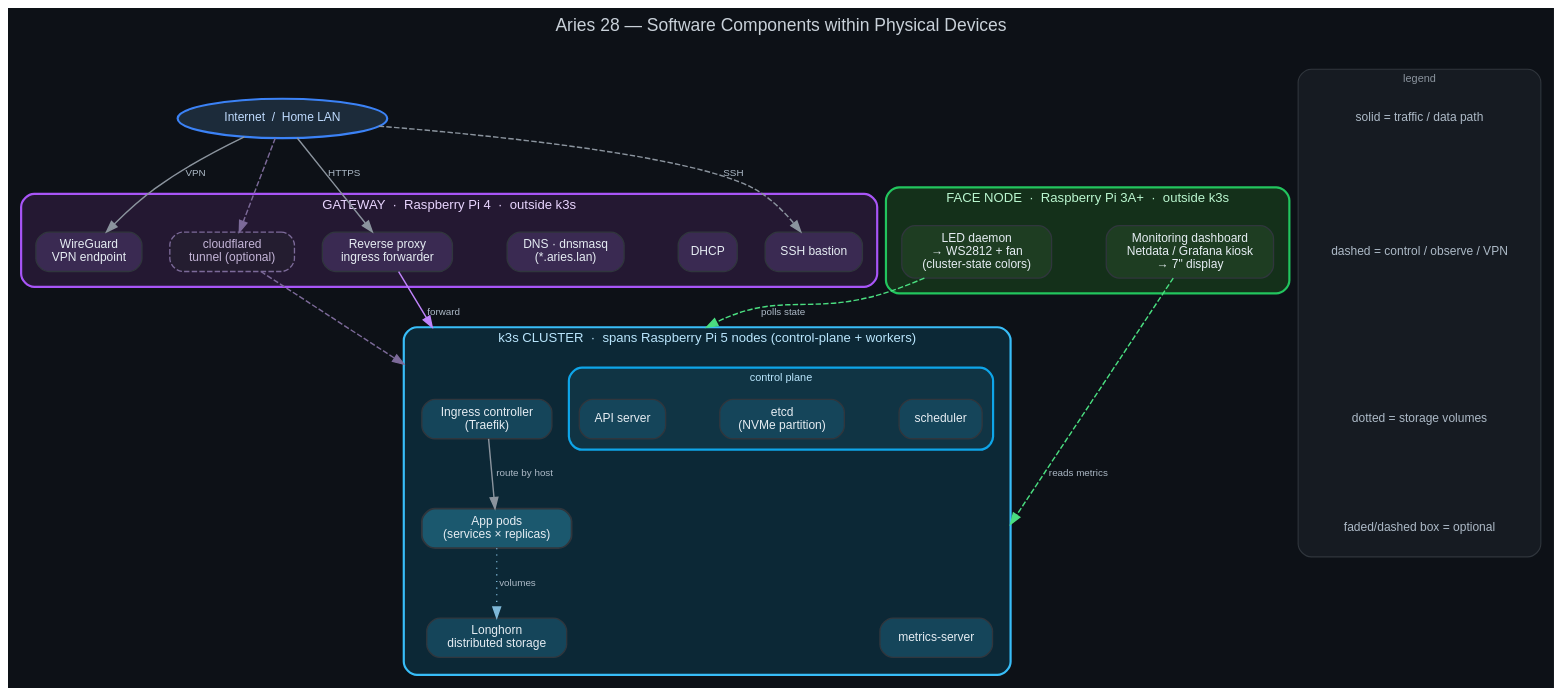
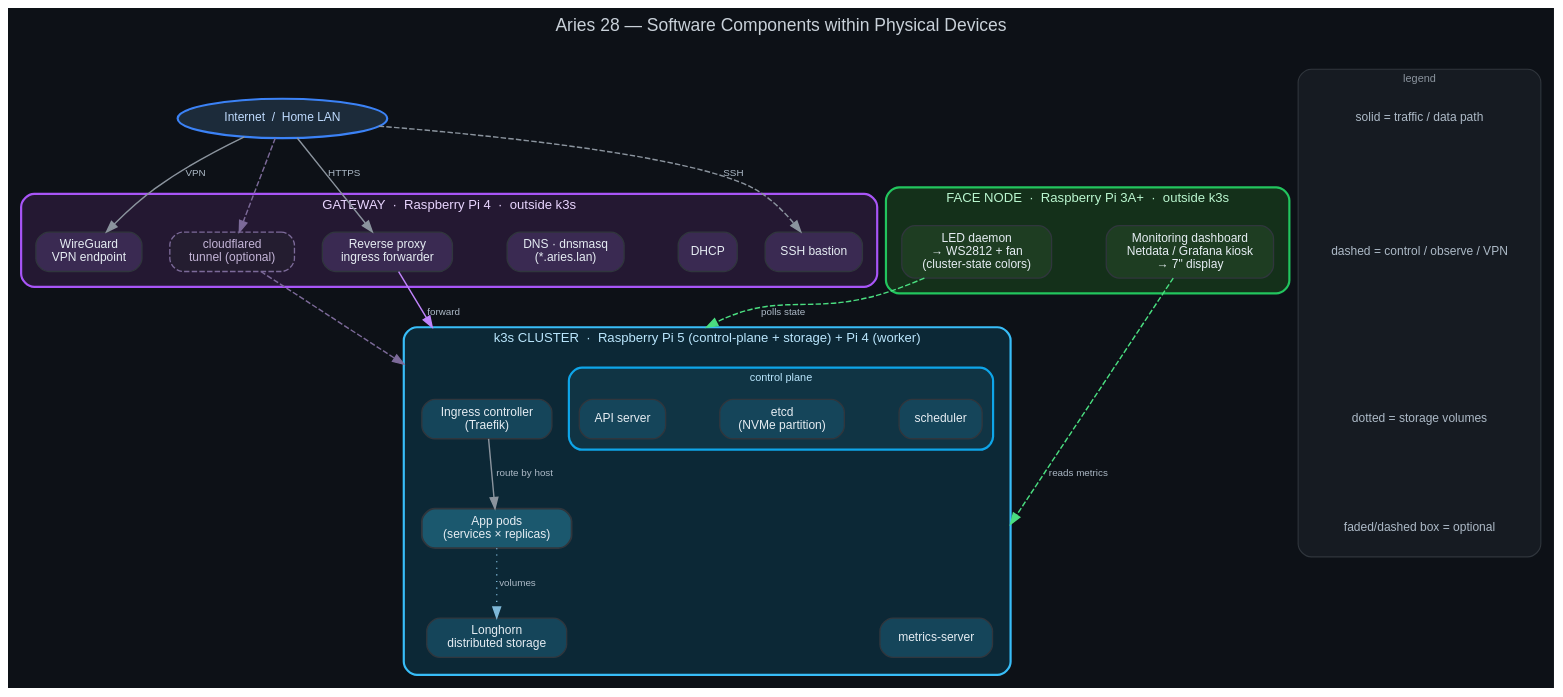
One commit to engineeringthefutureai/aries-28 changed the diagram in docs/diagrams/software-architecture.dot. Above: the diagram before and after it, drawn with Graphviz. The commit also changed 6 other files, not shown here.

```diff
--- a/docs/diagrams/software-architecture.dot
+++ b/docs/diagrams/software-architecture.dot
@@ -1,98 +1,98 @@
 digraph Aries28 {
   rankdir=TB;
   compound=true;
   nodesep=0.35;
   ranksep=0.75;
   bgcolor="#0d1117";
   fontname="Helvetica"; fontcolor="#c9d1d9"; fontsize=16;
   labelloc="t";
   label="Aries 28 — Software Components within Physical Devices\n ";
   node [fontname="Helvetica", fontsize=11, style="filled,rounded", shape=box,
         color="#30363d", fontcolor="#e6edf3", penwidth=1.2, margin="0.15,0.09"];
   edge [color="#8b949e", fontname="Helvetica", fontsize=9, fontcolor="#adbac7", penwidth=1.3];
 
   // ================= EXTERNAL =================
   internet [label="Internet  /  Home LAN", shape=oval, fillcolor="#1c2b3a",
             color="#3b82f6", fontcolor="#bfdbfe", penwidth=2];
 
   // ================= GATEWAY (Pi 4, outside k8s) =================
   subgraph cluster_gw {
     label="GATEWAY  ·  Raspberry Pi 4  ·  outside k3s";
     style="filled,rounded"; fillcolor="#241832"; color="#a855f7";
     fontcolor="#e9d5ff"; fontsize=12; penwidth=2; margin=14;
     gw_bastion [label="SSH bastion", fillcolor="#3a2a52"];
     gw_wg      [label="WireGuard\nVPN endpoint", fillcolor="#3a2a52"];
     gw_proxy   [label="Reverse proxy\ningress forwarder", fillcolor="#3a2a52"];
     gw_dns     [label="DNS · dnsmasq\n(*.aries.lan)", fillcolor="#3a2a52"];
     gw_dhcp    [label="DHCP", fillcolor="#3a2a52"];
     gw_tunnel  [label="cloudflared\ntunnel (optional)", fillcolor="#241d30",
                 color="#7c6a99", style="filled,rounded,dashed", fontcolor="#c4b5d8"];
     // keep gateway internals in a tidy row
     gw_bastion -> gw_wg -> gw_proxy -> gw_dns -> gw_dhcp -> gw_tunnel [style=invis];
     {rank=same; gw_bastion; gw_wg; gw_proxy; gw_dns; gw_dhcp; gw_tunnel;}
   }
 
   // ================= FACE NODE (Pi 3A+, outside k8s) =================
   subgraph cluster_face {
     label="FACE NODE  ·  Raspberry Pi 3A+  ·  outside k3s";
     style="filled,rounded"; fillcolor="#14301a"; color="#22c55e";
     fontcolor="#bbf7d0"; fontsize=12; penwidth=2; margin=14;
     face_dash [label="Monitoring dashboard\nNetdata / Grafana kiosk\n→ 7\" display", fillcolor="#1e3d22"];
     face_led  [label="LED daemon\n→ WS2812 + fan\n(cluster-state colors)", fillcolor="#1e3d22"];
     face_dash -> face_led [style=invis];
     {rank=same; face_dash; face_led;}
   }
 
   // ================= K3S CLUSTER =================
   subgraph cluster_k8s {
-    label="k3s CLUSTER  ·  spans Raspberry Pi 5 nodes (control-plane + workers)";
+    label="k3s CLUSTER  ·  Raspberry Pi 5 (control-plane + storage) + Pi 4 (worker)";
     style="filled,rounded"; fillcolor="#0c2836"; color="#38bdf8";
     fontcolor="#bae6fd"; fontsize=12; penwidth=2; margin=16;
 
     subgraph cluster_cp {
       label="control plane";
       style="filled,rounded"; fillcolor="#103444";
       color="#0ea5e9"; fontcolor="#bae6fd"; fontsize=10; margin=10;
       k_api   [label="API server", fillcolor="#15455a"];
       k_etcd  [label="etcd\n(NVMe partition)", fillcolor="#15455a"];
       k_sched [label="scheduler", fillcolor="#15455a"];
       k_api -> k_etcd [style=invis]; k_etcd -> k_sched [style=invis];
       {rank=same; k_api; k_etcd; k_sched;}
     }
 
     k_ingress [label="Ingress controller\n(Traefik)", fillcolor="#15455a"];
     k_app     [label="App pods\n(services × replicas)", fillcolor="#1b586e", penwidth=1.6];
     k_metrics [label="metrics-server", fillcolor="#15455a"];
     k_long    [label="Longhorn\ndistributed storage", fillcolor="#15455a"];
 
     k_ingress -> k_app  [label="route by host"];
     k_app -> k_long     [label="volumes", style=dotted, color="#7fb8d8"];
     {rank=same; k_metrics; k_long;}
   }
 
   // ================= CROSS-BOUNDARY RELATIONS =================
   // external in
   internet -> gw_bastion [label="SSH", style=dashed];
   internet -> gw_wg      [label="VPN"];
   internet -> gw_proxy   [label="HTTPS"];
   internet -> gw_tunnel  [style=dashed, color="#7c6a99"];
 
   // gateway -> cluster ingress
   gw_proxy  -> k_ingress [label="forward", lhead=cluster_k8s, color="#c084fc"];
   gw_tunnel -> k_ingress [style=dashed, lhead=cluster_k8s, color="#7c6a99"];
 
   // face node reads cluster (no traffic, just observation)
   face_led  -> k_api     [label="polls state", style=dashed, color="#4ade80", lhead=cluster_k8s];
   face_dash -> k_metrics [label="reads metrics", style=dashed, color="#4ade80", lhead=cluster_k8s];
 
   // legend
   subgraph cluster_legend {
     label="legend"; style="filled,rounded"; fillcolor="#161b22"; color="#30363d";
     fontcolor="#8b949e"; fontsize=10; margin=8;
     l1 [label="solid = traffic / data path", shape=plaintext, style="", fontcolor="#adbac7"];
     l2 [label="dashed = control / observe / VPN", shape=plaintext, style="", fontcolor="#adbac7"];
     l3 [label="dotted = storage volumes", shape=plaintext, style="", fontcolor="#adbac7"];
     l4 [label="faded/dashed box = optional", shape=plaintext, style="", fontcolor="#adbac7"];
     l1 -> l2 -> l3 -> l4 [style=invis];
   }
 }
```
